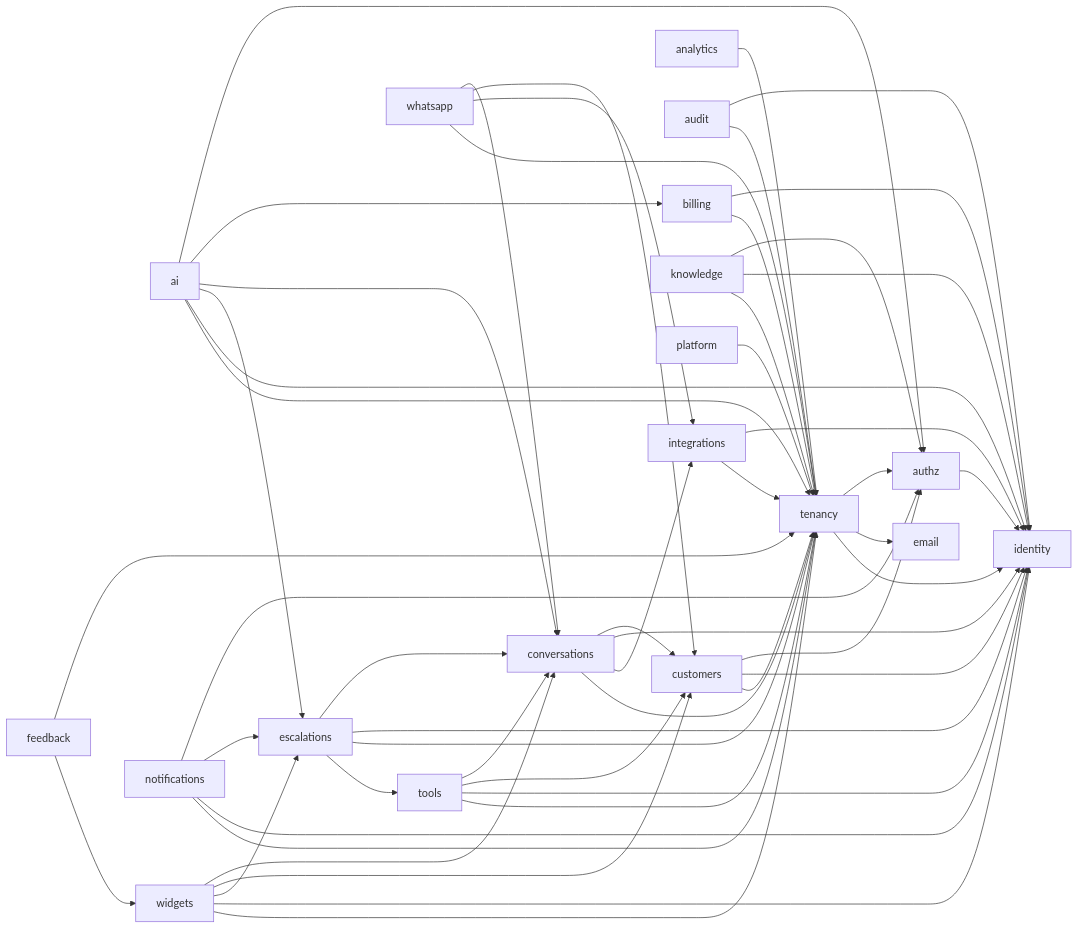
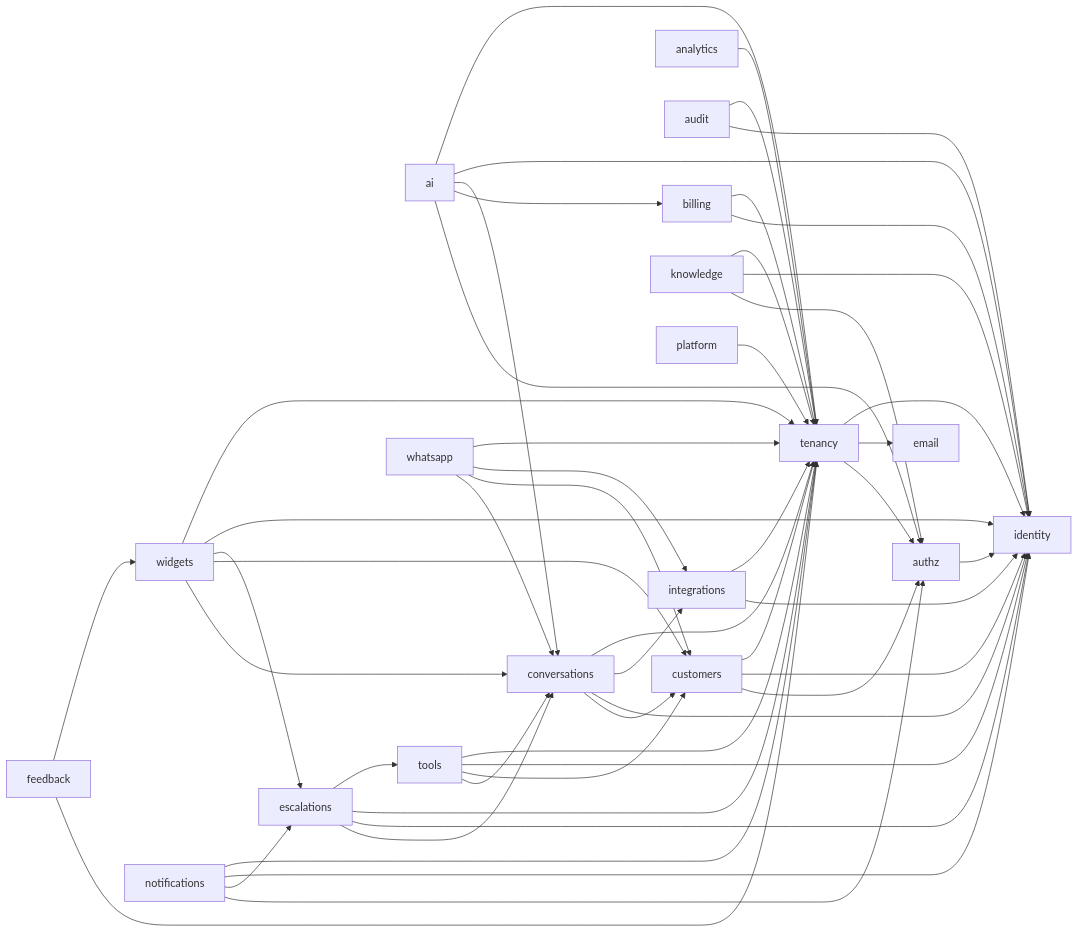
One commit to mohamed155/customer-service-chat-system changed the diagram in docs/architecture/module-dependencies.md. Above: the diagram before and after it, drawn with Mermaid. The commit also changed other lines of this file and 28 other files, not shown here.

````diff
--- a/docs/architecture/module-dependencies.md
+++ b/docs/architecture/module-dependencies.md
@@ -41,54 +41,53 @@
 ```mermaid
 flowchart LR
   ai --> authz
   ai --> billing
   ai --> conversations
-  ai --> escalations
   ai --> identity
   ai --> tenancy
   analytics --> tenancy
   audit --> identity
   audit --> tenancy
   authz --> identity
   billing --> identity
   billing --> tenancy
   conversations --> customers
   conversations --> identity
   conversations --> integrations
   conversations --> tenancy
   customers --> authz
   customers --> identity
   customers --> tenancy
   escalations --> conversations
   escalations --> identity
   escalations --> tenancy
   escalations --> tools
   feedback --> tenancy
   feedback --> widgets
   integrations --> identity
   integrations --> tenancy
   knowledge --> authz
   knowledge --> identity
   knowledge --> tenancy
   notifications --> authz
   notifications --> escalations
   notifications --> identity
   notifications --> tenancy
   platform --> tenancy
   tenancy --> authz
   tenancy --> email
   tenancy --> identity
   tools --> conversations
   tools --> customers
   tools --> identity
   tools --> tenancy
   whatsapp --> conversations
   whatsapp --> customers
   whatsapp --> integrations
   whatsapp --> tenancy
   widgets --> conversations
   widgets --> customers
   widgets --> escalations
   widgets --> identity
   widgets --> tenancy
 ```
````
